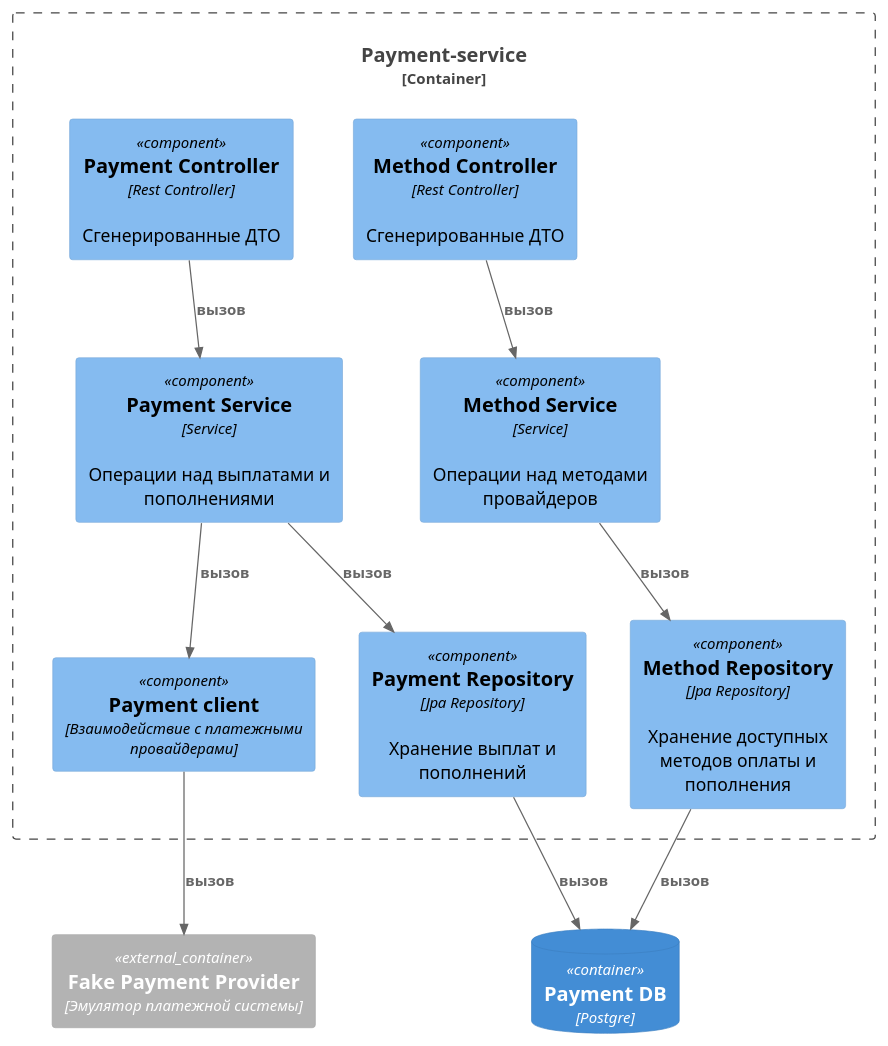
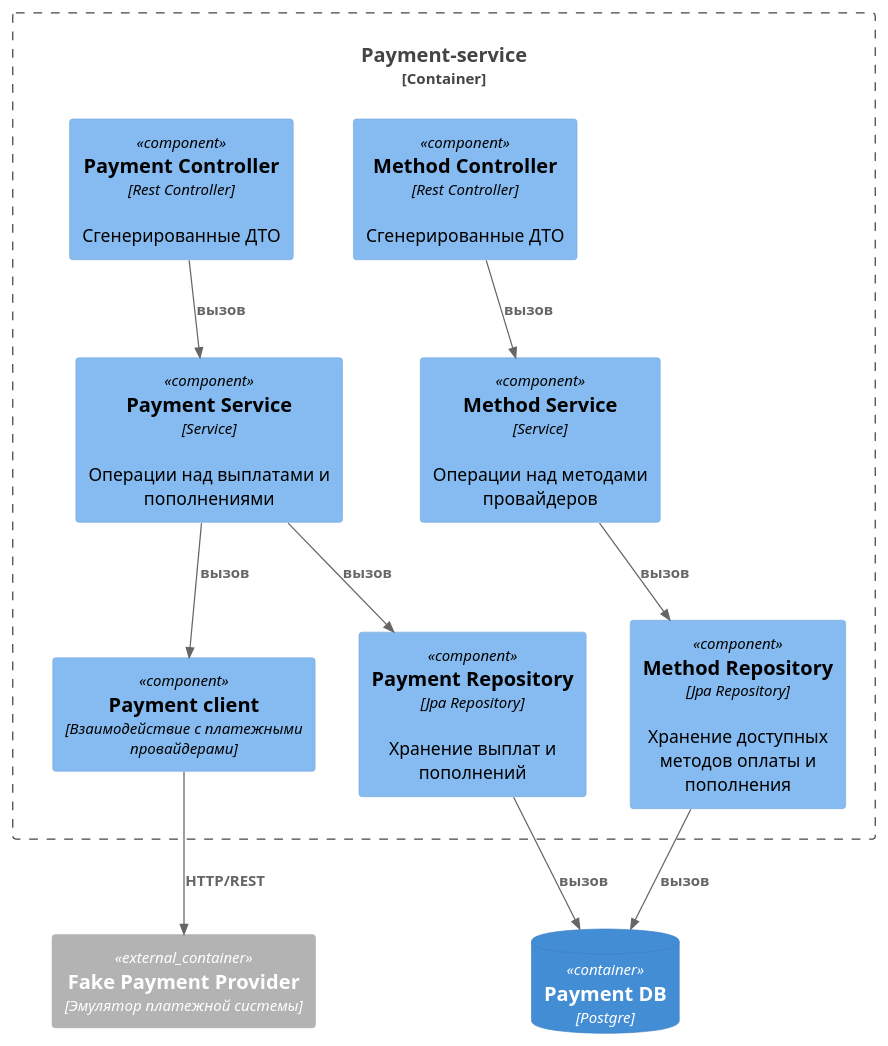
Before and after one commit to diamam90/payment-system: the diagram in diagram/payment-service-component.puml, drawn with PlantUML. The commit also changed 22 other files, not shown here.

Commit message:
Поправил диаграммы и удалил взаимодействие с кафкой

```diff
--- a/diagram/payment-service-component.puml
+++ b/diagram/payment-service-component.puml
@@ -1,37 +1,37 @@
 @startuml
 !includeurl https://raw.githubusercontent.com/plantuml-stdlib/C4-PlantUML/master/C4_Component.puml
 
 Container_Boundary(ps,"Payment-service") {
 
     Component(paymentController, "Payment Controller", "Rest Controller", "Сгенерированные ДТО")
     Component(methodController, "Method Controller", "Rest Controller", "Сгенерированные ДТО")
 
     Component(paymentService,"Payment Service","Service","Операции над выплатами и пополнениями")
     Component(methodService, "Method Service", "Service", "Операции над методами провайдеров")
     Component(paymentClient, "Payment client", "Взаимодействие с платежными провайдерами")
 
     Component(paymentRepo, "Payment Repository","Jpa Repository", "Хранение выплат и пополнений")
     Component(methodRepo, "Method Repository", "Jpa Repository","Хранение доступных методов оплаты и пополнения")
 }
 
 ContainerDb(paymentDb,"Payment DB","Postgre")
 
 Container_Ext(fakePayment, "Fake Payment Provider", "Эмулятор платежной системы")
 
 Lay_R(ps, paymentController)
 Lay_R(paymentController, methodController)
 Lay_D(paymentController, paymentService)
 
 Rel(methodController, methodService, "вызов")
 Rel(paymentController, paymentService, "вызов")
 
 Rel(paymentService, paymentClient, "вызов")
 Rel(paymentService, paymentRepo, "вызов")
 Rel(methodService, methodRepo, "вызов")
 
-Rel(paymentClient, fakePayment, "вызов")
+Rel(paymentClient, fakePayment, "HTTP/REST")
 
 Rel(methodRepo, paymentDb, "вызов")
 Rel(paymentRepo, paymentDb, "вызов")
 
 @enduml
```
